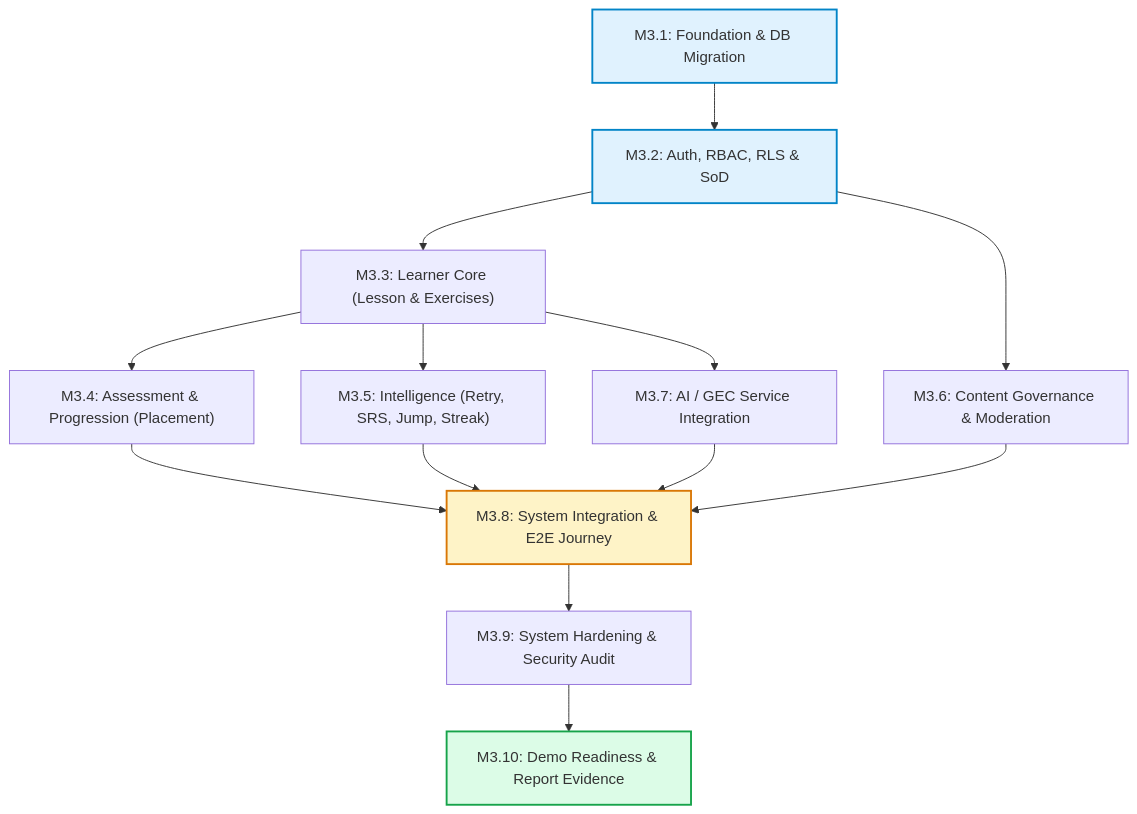
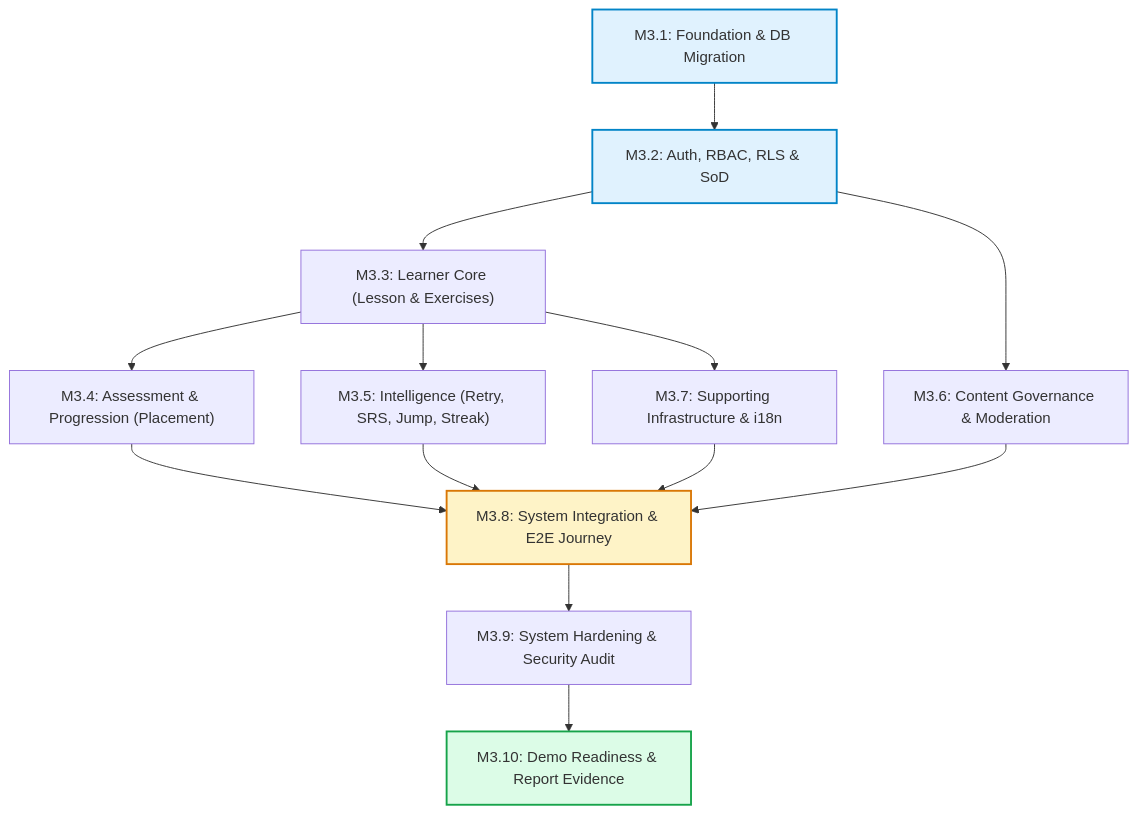
One commit to PhamNguyenThanhTung/lingora-workspace changed the first of 2 diagrams in plans/master-implementation-and-report-plan.md. Above: the diagram before and after it, drawn with Mermaid. The commit also changed other lines of this file and 363 other files, not shown here.

````diff
--- a/plans/master-implementation-and-report-plan.md
+++ b/plans/master-implementation-and-report-plan.md
@@ -221,20 +286,20 @@
 ```mermaid
 flowchart TD
     M3_1["M3.1: Foundation & DB Migration"] --> M3_2["M3.2: Auth, RBAC, RLS & SoD"]
     M3_2 --> M3_3["M3.3: Learner Core (Lesson & Exercises)"]
     M3_3 --> M3_4["M3.4: Assessment & Progression (Placement)"]
     M3_3 --> M3_5["M3.5: Intelligence (Retry, SRS, Jump, Streak)"]
     M3_2 --> M3_6["M3.6: Content Governance & Moderation"]
-    M3_3 --> M3_7["M3.7: AI / GEC Service Integration"]
+    M3_3 --> M3_7["M3.7: Supporting Infrastructure & i18n"]
     M3_4 --> M3_8["M3.8: System Integration & E2E Journey"]
     M3_5 --> M3_8
     M3_6 --> M3_8
     M3_7 --> M3_8
     M3_8 --> M3_9["M3.9: System Hardening & Security Audit"]
     M3_9 --> M3_10["M3.10: Demo Readiness & Report Evidence"]
 
     style M3_1 fill:#e0f2fe,stroke:#0284c7,stroke-width:2px
     style M3_2 fill:#e0f2fe,stroke:#0284c7,stroke-width:2px
     style M3_8 fill:#fef3c7,stroke:#d97706,stroke-width:2px
     style M3_10 fill:#dcfce7,stroke:#16a34a,stroke-width:2px
 ```
````
